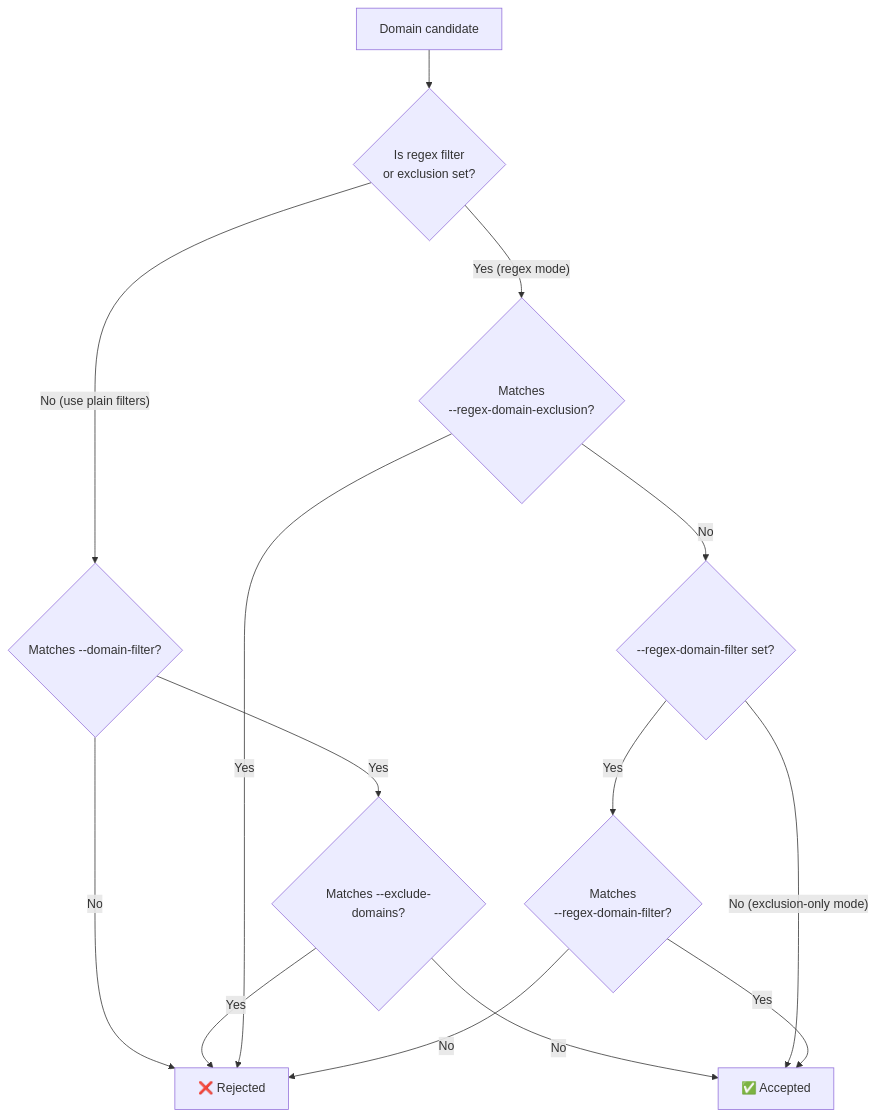
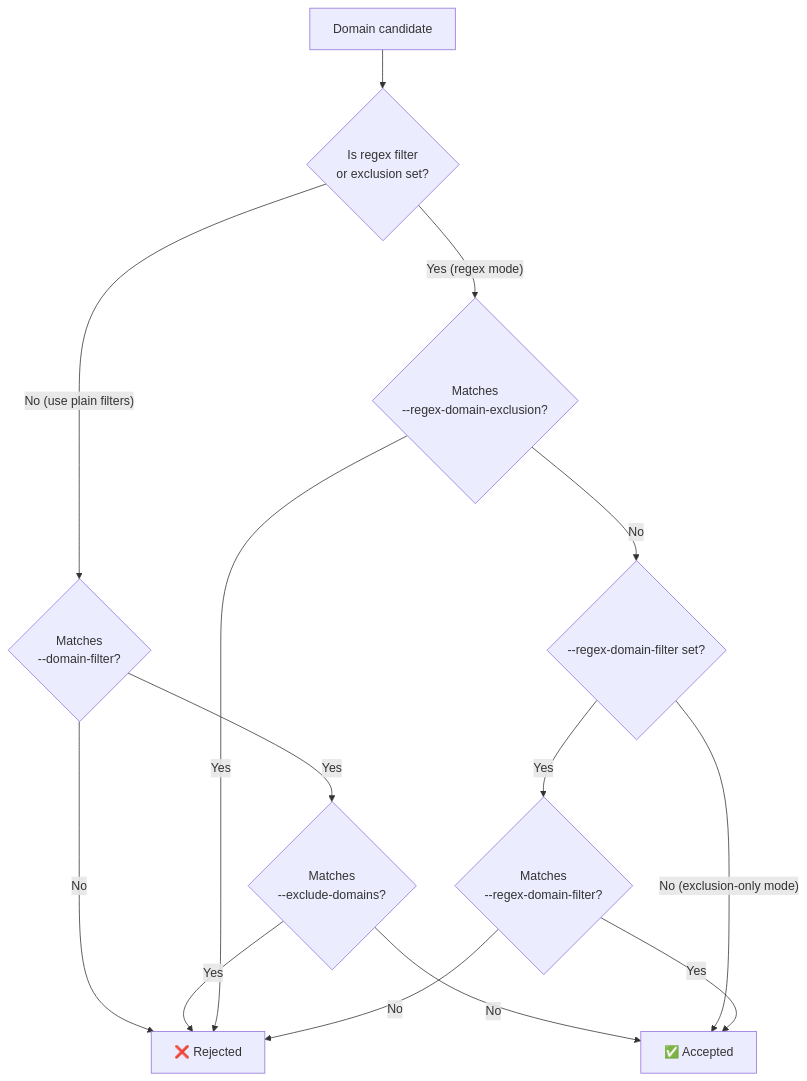
One commit to kubernetes-sigs/external-dns changed the diagram in docs/advanced/domain-filter.md. Above: the diagram before and after it, drawn with Mermaid. The commit also changed other lines of this file and 1 other file, not shown here.

Commit message:
test(pdns): regex pitfalls in domain-filter zone partitioning

````diff
--- a/docs/advanced/domain-filter.md
+++ b/docs/advanced/domain-filter.md
@@ -60,16 +60,16 @@
 ```mermaid
 flowchart TD
-    A["Domain candidate"] --> B{"Is regex filter\nor exclusion set?"}
-    B -- "No (use plain filters)" --> C{"Matches --domain-filter?"}
+    A["Domain candidate"] --> B{"Is regex filter<br/>or exclusion set?"}
+    B -- "No (use plain filters)" --> C{"Matches<br/> --domain-filter?"}
     C -- "No" --> REJECT["❌ Rejected"]
-    C -- "Yes" --> D{"Matches --exclude-domains?"}
+    C -- "Yes" --> D{"Matches<br/> --exclude-domains?"}
     D -- "Yes" --> REJECT
     D -- "No" --> ACCEPT["✅ Accepted"]
-    B -- "Yes (regex mode)" --> E{"Matches\n--regex-domain-exclusion?"}
+    B -- "Yes (regex mode)" --> E{"Matches<br/>--regex-domain-exclusion?"}
     E -- "Yes" --> REJECT
     E -- "No" --> F{"--regex-domain-filter set?"}
     F -- "No (exclusion-only mode)" --> ACCEPT
-    F -- "Yes" --> G{"Matches\n--regex-domain-filter?"}
+    F -- "Yes" --> G{"Matches<br/>--regex-domain-filter?"}
     G -- "Yes" --> ACCEPT
     G -- "No" --> REJECT
 ```
````
